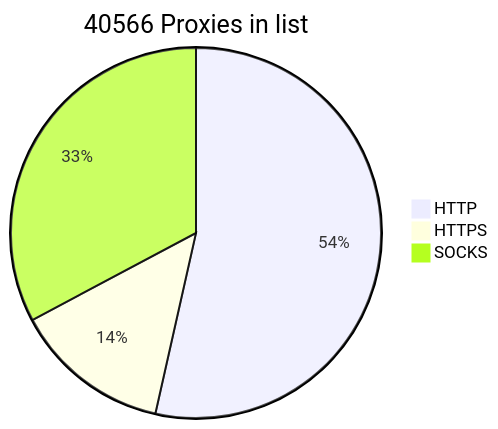
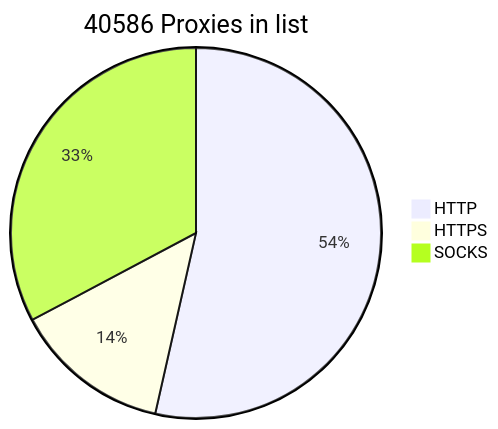
The diagram in README.md (BlackSnowDot/proxylist-update-every-minute), drawn with Mermaid before and after one commit.

````diff
--- a/README.md
+++ b/README.md
@@ -2,6 +2,6 @@
 ```mermaid
-pie title 40566 Proxies in list
-    "HTTP" : 24346
-    "HTTPS": 6230
+pie title 40586 Proxies in list
+    "HTTP" : 24363
+    "HTTPS": 6234
     "SOCKS" : 14911
 ```
````
